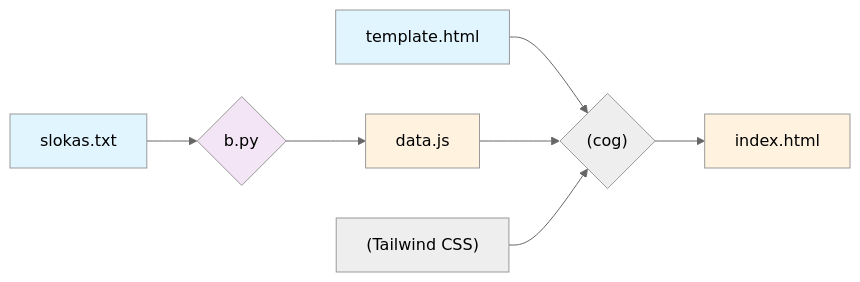
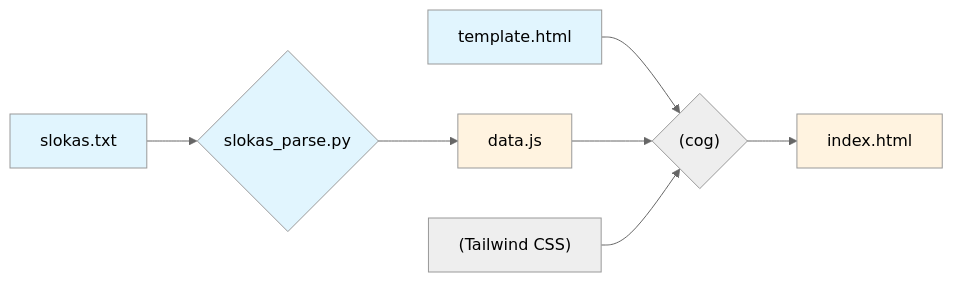
The diagram in README.md (shreevatsa/word-split-sahasranama), drawn with Mermaid (neutral theme) before and after one commit.

Commit message:
Fix filename in Mermaid.js diagram too.

````diff
--- a/README.md
+++ b/README.md
@@ -9,16 +9,17 @@
 ```mermaid
 flowchart LR
-    A[slokas.txt] --> B{b.py}
+    A[slokas.txt] --> B{slokas_parse.py}
     B --> C[data.js]
     D[template.html] --> E{"(cog)"}
     C --> E
     T["(Tailwind CSS)"] --> E
     E --> F[index.html]
     
     style A fill:#e1f5fe
     style D fill:#e1f5fe
     style F fill:#fff3e0
     %% style C fill:#e8f5e8
     style C fill:#fff3e0
-    style B fill:#f3e5f5
+    %% style B fill:#f3e5f5
+    style B fill:#e1f5fe
 ```
````
